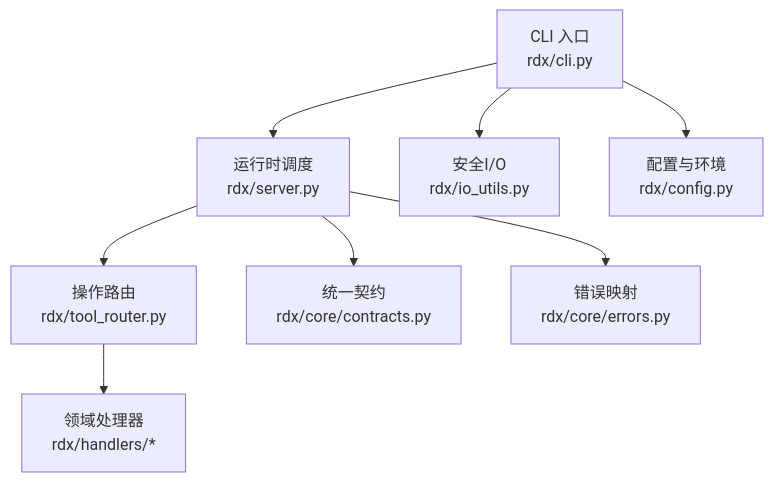
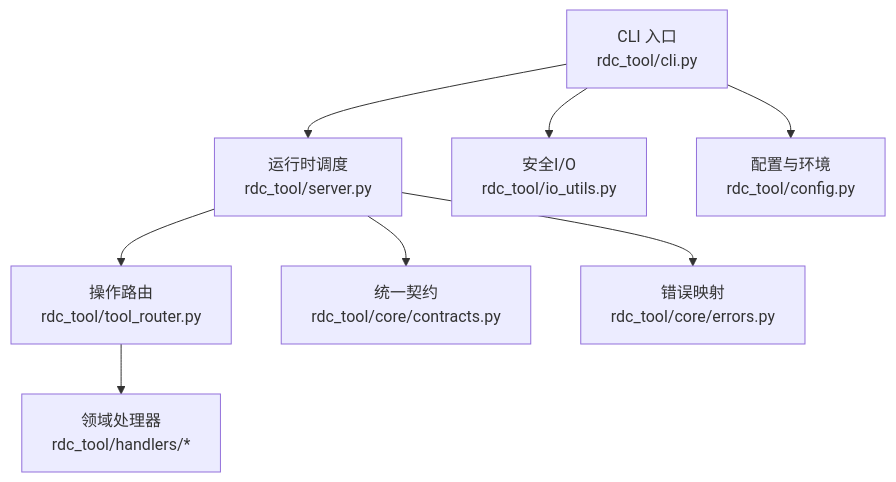
Before and after one commit to haolange/RDC-Tool: the first of 6 diagrams in .qoder/repowiki/zh/content/开发指南/代码规范和最佳实践.md, drawn with Mermaid. The commit also changed other lines of this file and 388 other files, not shown here.

First line of the commit message:
Release RDC-Tool identity and public maintenance surface

````diff
--- a/.qoder/repowiki/zh/content/开发指南/代码规范和最佳实践.md
+++ b/.qoder/repowiki/zh/content/开发指南/代码规范和最佳实践.md
@@ -48,10 +48,10 @@
 ```mermaid
 graph TB
-CLI["CLI 入口<br/>rdx/cli.py"] --> Server["运行时调度<br/>rdx/server.py"]
-Server --> Router["操作路由<br/>rdx/tool_router.py"]
-Router --> Handlers["领域处理器<br/>rdx/handlers/*"]
-Server --> Contracts["统一契约<br/>rdx/core/contracts.py"]
-Server --> Errors["错误映射<br/>rdx/core/errors.py"]
-CLI --> IO["安全I/O<br/>rdx/io_utils.py"]
-CLI --> Config["配置与环境<br/>rdx/config.py"]
+CLI["CLI 入口<br/>rdc_tool/cli.py"] --> Server["运行时调度<br/>rdc_tool/server.py"]
+Server --> Router["操作路由<br/>rdc_tool/tool_router.py"]
+Router --> Handlers["领域处理器<br/>rdc_tool/handlers/*"]
+Server --> Contracts["统一契约<br/>rdc_tool/core/contracts.py"]
+Server --> Errors["错误映射<br/>rdc_tool/core/errors.py"]
+CLI --> IO["安全I/O<br/>rdc_tool/io_utils.py"]
+CLI --> Config["配置与环境<br/>rdc_tool/config.py"]
 ```
````
